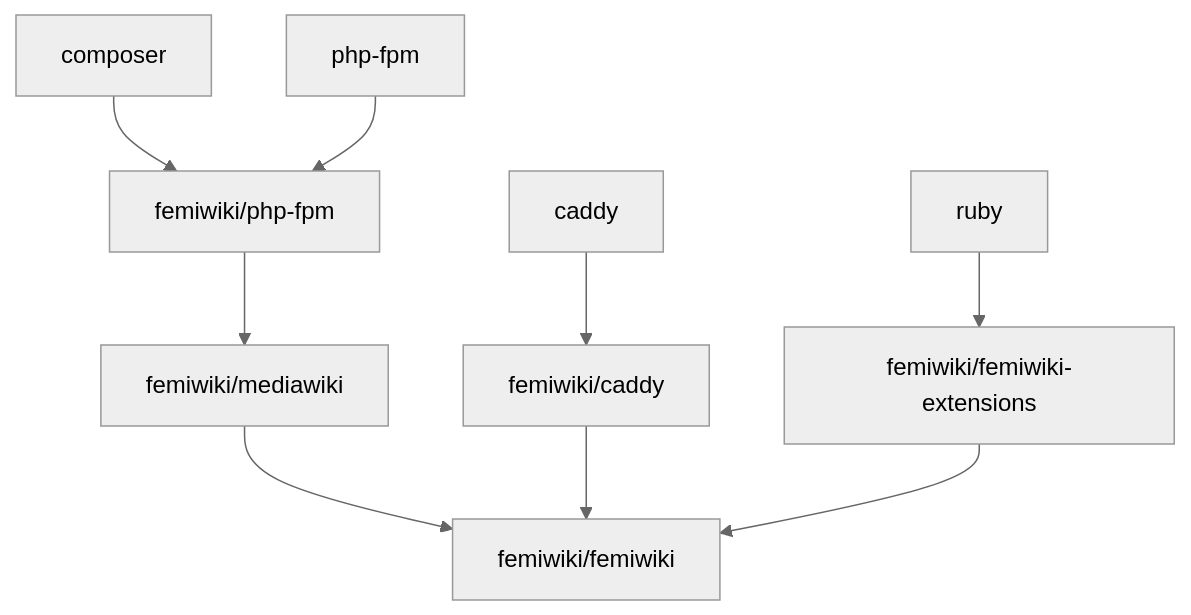
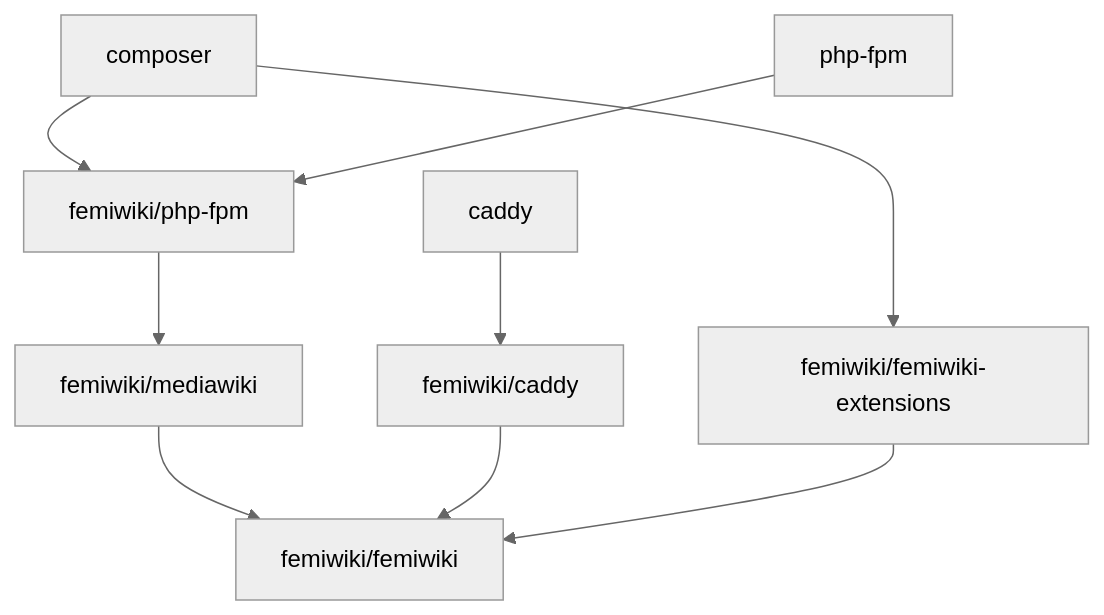
One commit to femiwiki/docker-mediawiki changed the diagram in README.md. Above: the diagram before and after it, drawn with Mermaid (neutral theme). The commit also changed 9 other files, not shown here.

First line of the commit message:
refactor(femiwiki-extensions): install with PHP instead of Ruby

````diff
--- a/README.md
+++ b/README.md
@@ -82,7 +82,7 @@
 ```mermaid
 flowchart TD
     composer --> femiwiki/php-fpm
     php-fpm --> femiwiki/php-fpm --> femiwiki/mediawiki --> femiwiki/femiwiki
     caddy --> femiwiki/caddy --> femiwiki/femiwiki
-    ruby --> femiwiki/femiwiki-extensions --> femiwiki/femiwiki
+    composer --> femiwiki/femiwiki-extensions --> femiwiki/femiwiki
 ```
````
